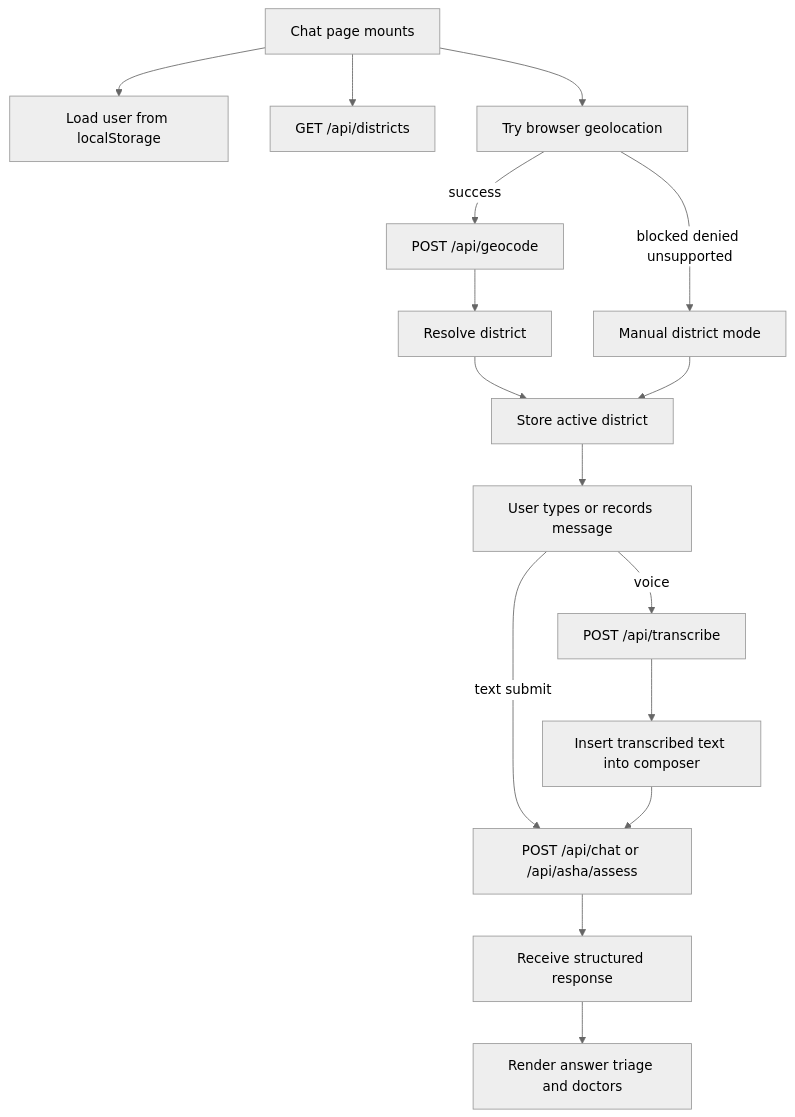
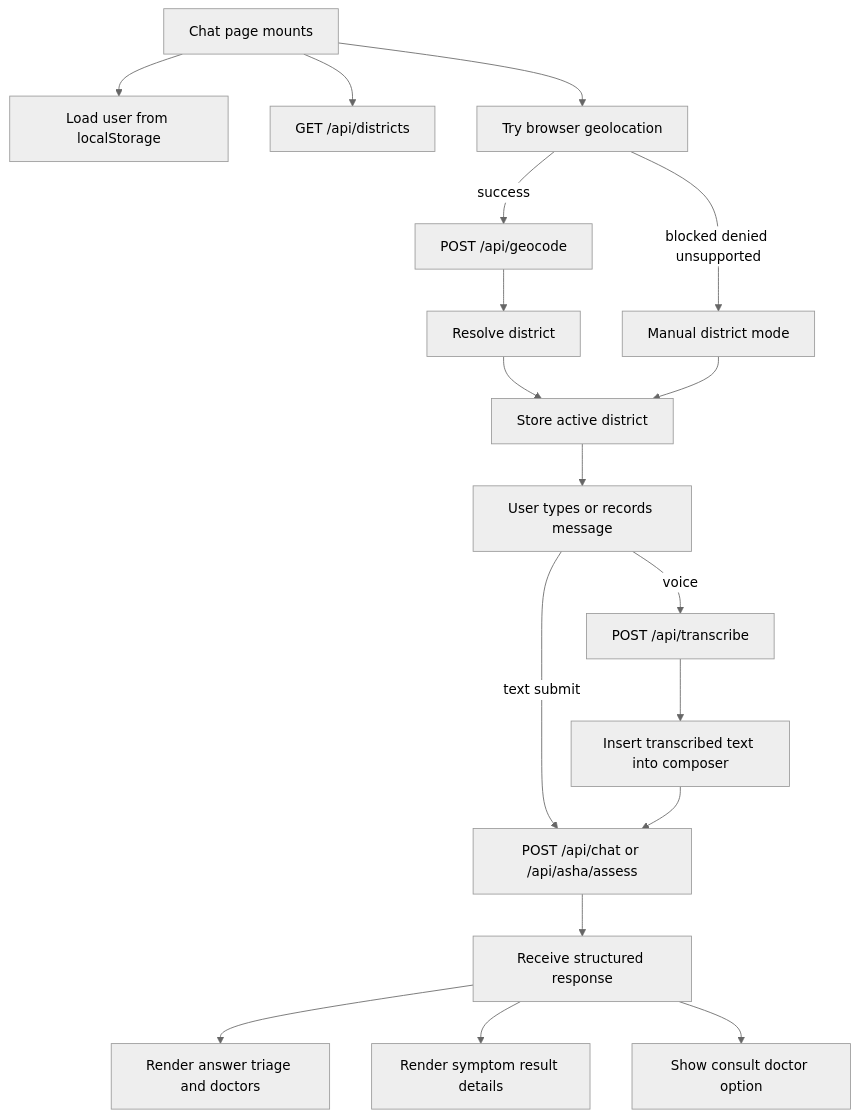
The second of 13 diagrams in medmas/docs/end-to-end-architecture.md (Parthiv1124/MedMAS), drawn with Mermaid (neutral theme) before and after one commit. The commit also changed other lines of this file and 7 other files, not shown here.

````diff
--- a/medmas/docs/end-to-end-architecture.md
+++ b/medmas/docs/end-to-end-architecture.md
@@ -136,18 +162,20 @@
 ```mermaid
 flowchart TD
     A[Chat page mounts] --> B[Load user from localStorage]
     A --> C[GET /api/districts]
     A --> D[Try browser geolocation]
     D -->|success| E[POST /api/geocode]
     D -->|blocked denied unsupported| F[Manual district mode]
     E --> G[Resolve district]
     G --> H[Store active district]
     F --> H
     H --> I[User types or records message]
     I -->|voice| J[POST /api/transcribe]
     J --> K[Insert transcribed text into composer]
     I -->|text submit| L[POST /api/chat or /api/asha/assess]
     K --> L
     L --> M[Receive structured response]
     M --> N[Render answer triage and doctors]
+    M --> O[Render symptom result details]
+    M --> P[Show consult doctor option]
 ```
````
